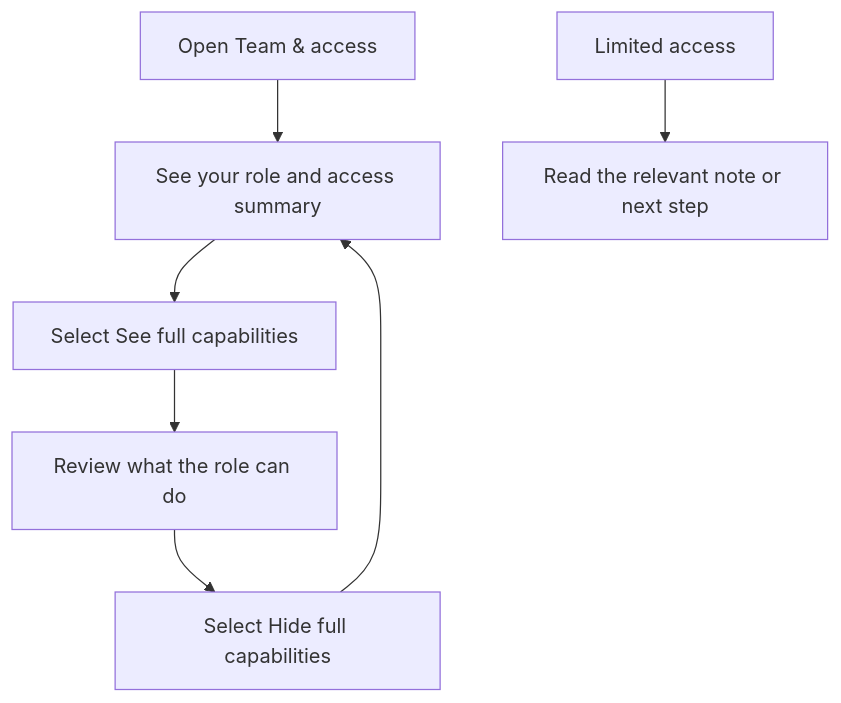
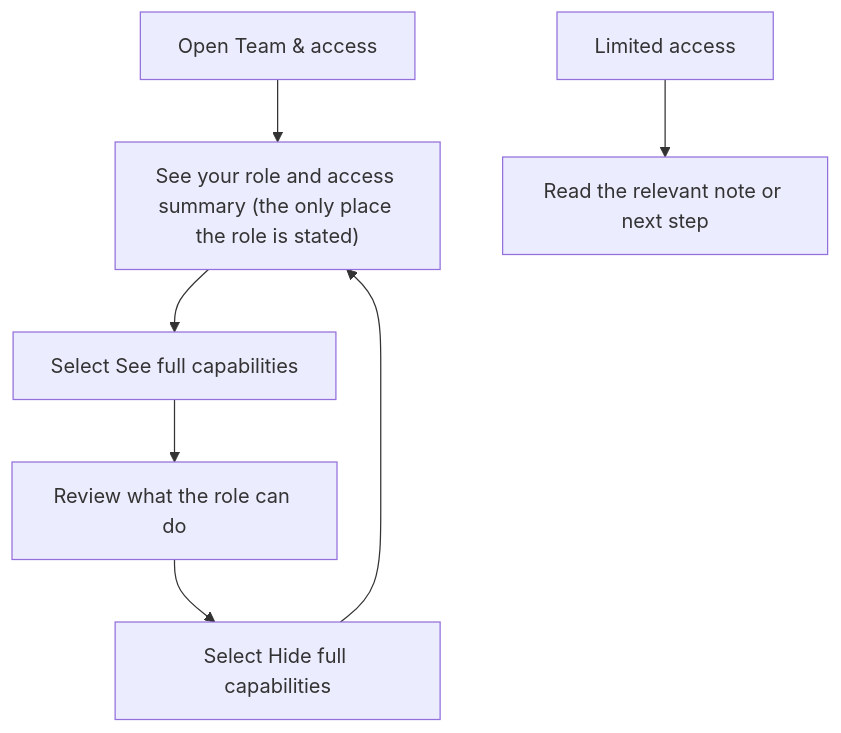
Before and after one commit to Kevinjohn/capacitylens: the first of 2 diagrams in user-stories/team/US-TEAM-01-check-access.md, drawn with Mermaid. The commit also changed other lines of this file and 35 other files, not shown here.

````diff
--- a/user-stories/team/US-TEAM-01-check-access.md
+++ b/user-stories/team/US-TEAM-01-check-access.md
@@ -19,9 +19,9 @@
 ```mermaid
 flowchart TD
-    Open["Open Team & access"] --> Role["See your role and access summary"]
+    Open["Open Team & access"] --> Role["See your role and access summary (the only place the role is stated)"]
     Role --> Expand["Select See full capabilities"]
     Expand --> Review["Review what the role can do"]
     Review --> Hide["Select Hide full capabilities"]
     Hide --> Role
     Other["Limited access"] --> Note["Read the relevant note or next step"]
 ```
````
